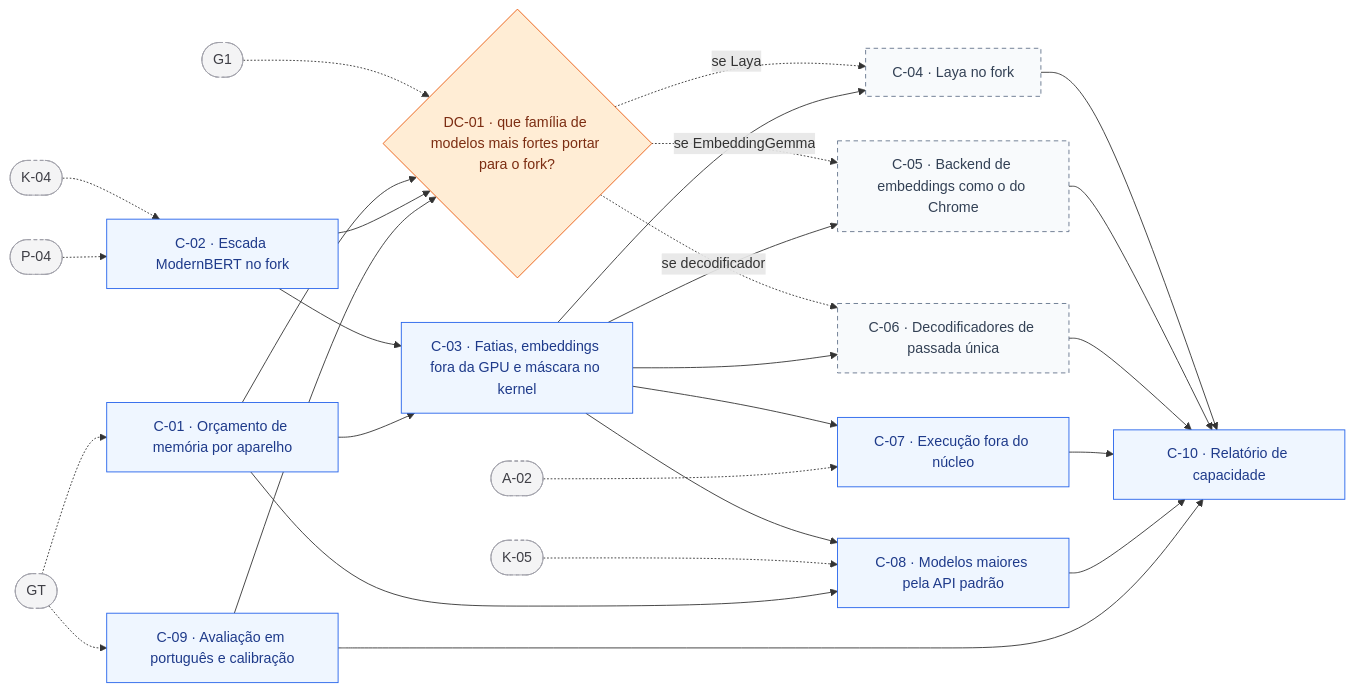
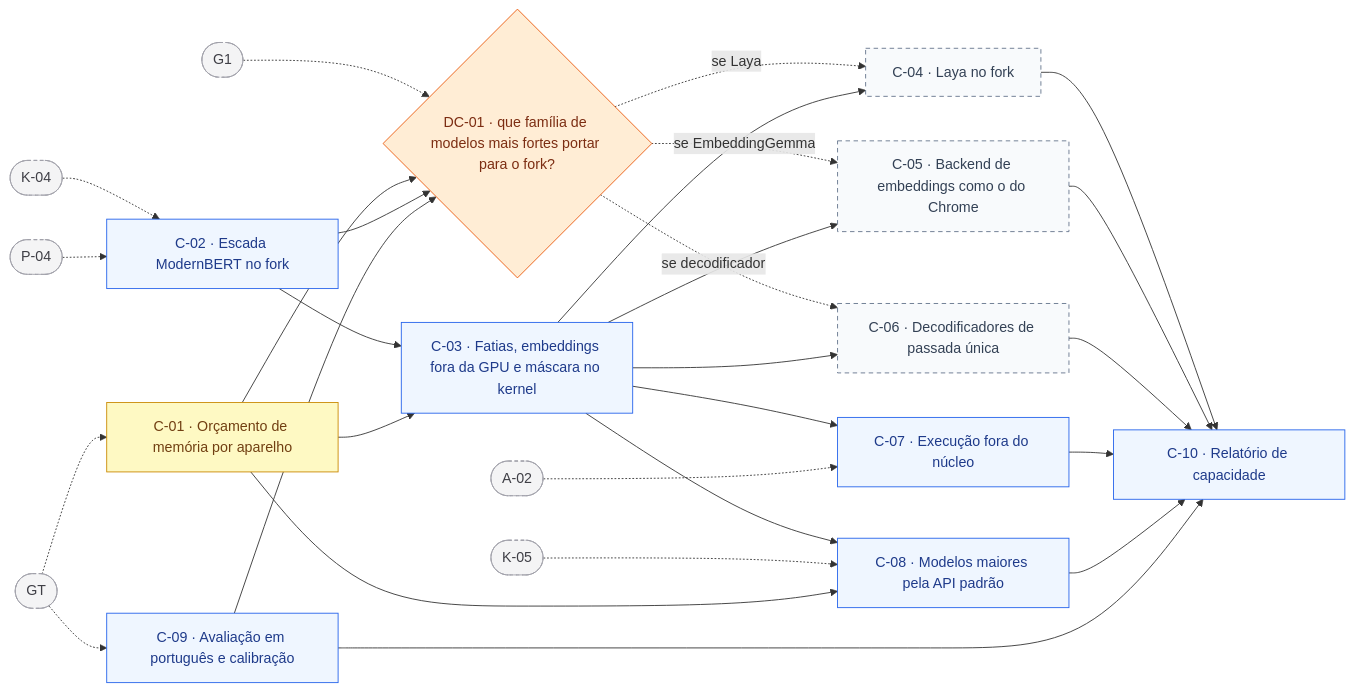
The fifth of 10 diagrams in ROADMAP.md (frederico-kluser/som-webcore), drawn with Mermaid before and after one commit. The commit also changed other lines of this file and 119 other files, not shown here.

First line of the commit message:
test(lab): orçamento de memória por aparelho (C-01) (#34)

````diff
--- a/ROADMAP.md
+++ b/ROADMAP.md
@@ -1278,55 +1279,55 @@
 ```mermaid
 flowchart LR
     GT(["GT"]):::ext
     K04(["K-04"]):::ext
     P04(["P-04"]):::ext
     K05(["K-05"]):::ext
     G1(["G1"]):::ext
     A02(["A-02"]):::ext
-    C01["C-01 · Orçamento de memória por aparelho"]:::todo
+    C01["C-01 · Orçamento de memória por aparelho"]:::doing
     C09["C-09 · Avaliação em português e calibração"]:::todo
     C02["C-02 · Escada ModernBERT no fork"]:::todo
     C03["C-03 · Fatias, embeddings fora da GPU e máscara no kernel"]:::todo
     C08["C-08 · Modelos maiores pela API padrão"]:::todo
     DC01{"DC-01 · que família de modelos mais fortes portar para o fork?"}:::fork
     C04["C-04 · Laya no fork"]:::opt
     C05["C-05 · Backend de embeddings como o do Chrome"]:::opt
     C06["C-06 · Decodificadores de passada única"]:::opt
     C07["C-07 · Execução fora do núcleo"]:::todo
     C10["C-10 · Relatório de capacidade"]:::todo
     GT -.-> C01
     GT -.-> C09
     K04 -.-> C02
     P04 -.-> C02
     C02 --> C03
     C01 --> C03
     C03 --> C08
     K05 -.-> C08
     C01 --> C08
     G1 -.-> DC01
     C01 --> DC01
     C02 --> DC01
     C09 --> DC01
     DC01 -.->|"se Laya"| C04
     C03 --> C04
     DC01 -.->|"se EmbeddingGemma"| C05
     C03 --> C05
     DC01 -.->|"se decodificador"| C06
     C03 --> C06
     C03 --> C07
     A02 -.-> C07
     C04 --> C10
     C05 --> C10
     C06 --> C10
     C07 --> C10
     C08 --> C10
     C09 --> C10
     classDef done fill:#dcfce7,stroke:#16a34a,color:#14532d;
     classDef doing fill:#fef9c3,stroke:#ca8a04,color:#713f12;
     classDef todo fill:#eff6ff,stroke:#2563eb,color:#1e3a8a;
     classDef gate fill:#fae8ff,stroke:#a21caf,color:#701a75;
     classDef fork fill:#ffedd5,stroke:#ea580c,color:#7c2d12;
     classDef opt fill:#f8fafc,stroke:#64748b,color:#334155,stroke-dasharray: 5 4;
     classDef off fill:#f4f4f5,stroke:#d4d4d8,color:#a1a1aa;
     classDef ext fill:#f4f4f5,stroke:#a1a1aa,color:#3f3f46,stroke-dasharray: 4 3;
 ```
````
